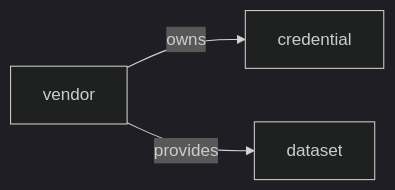
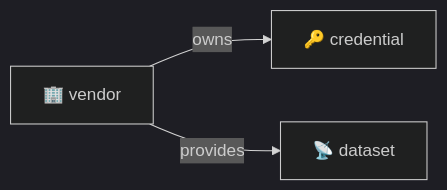
One commit to ThanuMahee12/AgentContext changed the ninth of 22 diagrams in docs/brainstorms/investigation-db.md. Above: the diagram before and after it, drawn with Mermaid (dark theme). The commit also changed other lines of this file, not shown here.

Commit message:
docs: use Unicode emojis for mermaid diagram support

````diff
--- a/docs/brainstorms/investigation-db.md
+++ b/docs/brainstorms/investigation-db.md
@@ -217,5 +217,5 @@
 ```mermaid
 flowchart LR
-    V["vendor"] -->|owns| C["credential"]
-    V -->|provides| D["dataset"]
+    V["🏢 vendor"] -->|owns| C["🔑 credential"]
+    V -->|provides| D["📡 dataset"]
 ```
````
